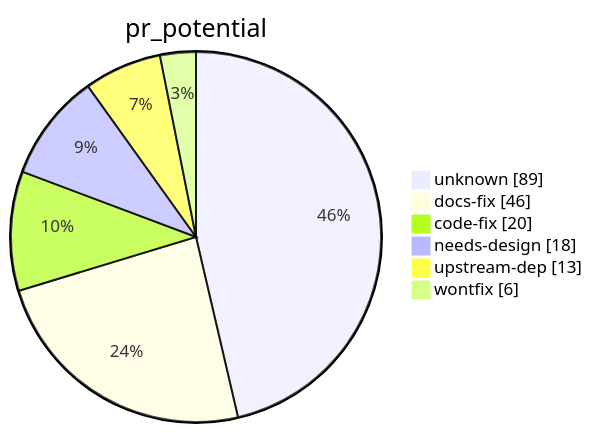
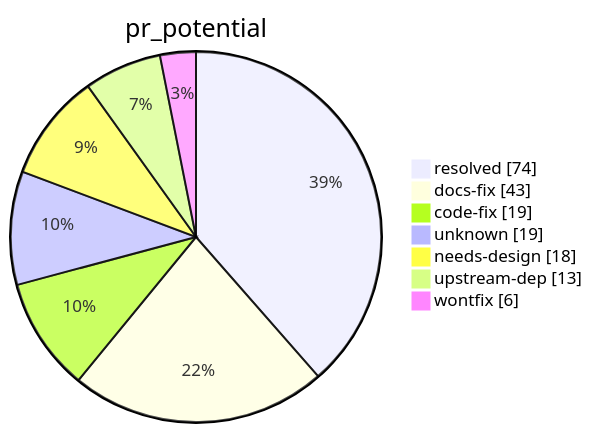
The diagram in docs/generated/index.md (open-commons-observatory/input-remapper-fi), drawn with Mermaid before and after one commit. The commit also changed other lines of this file and 29 other files, not shown here.

````diff
--- a/docs/generated/index.md
+++ b/docs/generated/index.md
@@ -14,9 +14,10 @@
 ```mermaid
 pie showData title pr_potential
-    "unknown" : 89
-    "docs-fix" : 46
-    "code-fix" : 20
+    "resolved" : 74
+    "docs-fix" : 43
+    "code-fix" : 19
+    "unknown" : 19
     "needs-design" : 18
     "upstream-dep" : 13
     "wontfix" : 6
 ```
````
